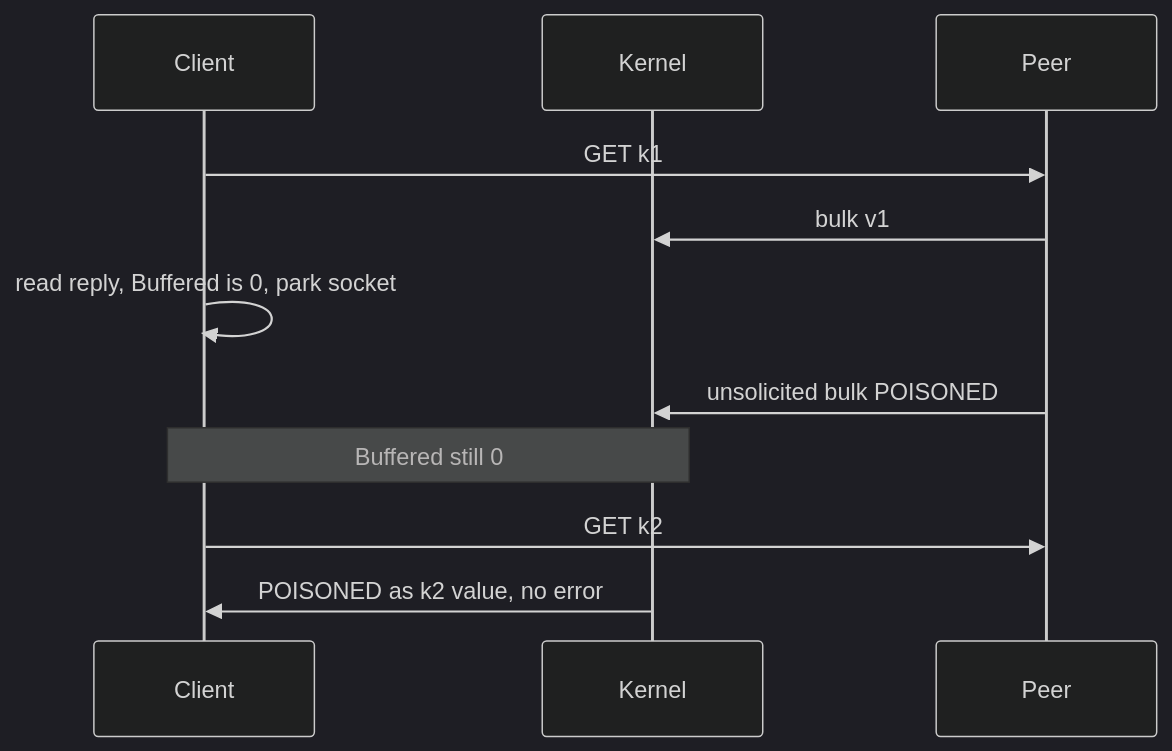
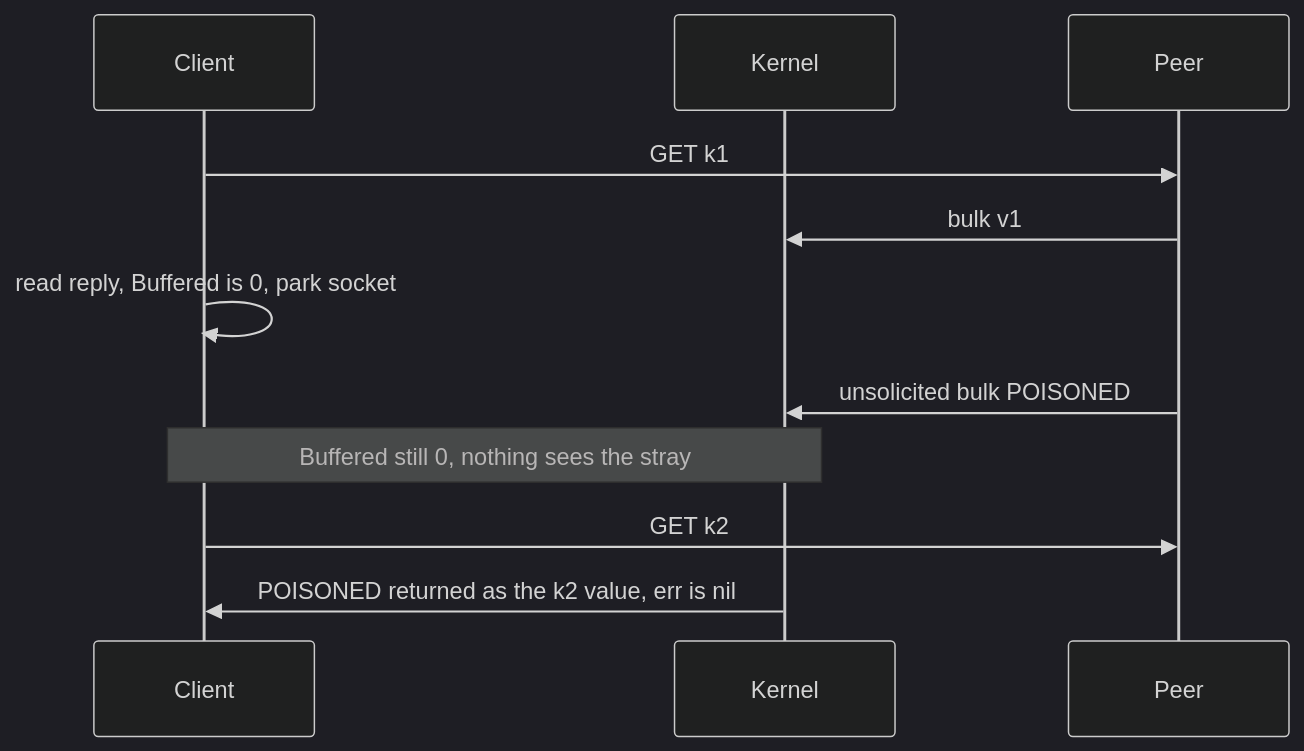
One commit to david-garcia-garcia/traefik-middleware-utilities changed the diagram in devstate/2026/09/2026-09-13-simpleredis-idle-arrival-desync/card.md. Above: the diagram before and after it, drawn with Mermaid (dark theme). The commit also changed other lines of this file and 4 other files, not shown here.

````diff
--- a/devstate/2026/09/2026-09-13-simpleredis-idle-arrival-desync/card.md
+++ b/devstate/2026/09/2026-09-13-simpleredis-idle-arrival-desync/card.md
@@ -19,13 +19,13 @@
 ```mermaid
 sequenceDiagram
     participant Client
     participant Kernel
     participant Peer
     Client->>Peer: GET k1
     Peer->>Kernel: bulk v1
     Client->>Client: read reply, Buffered is 0, park socket
     Peer->>Kernel: unsolicited bulk POISONED
-    Note over Client,Kernel: Buffered still 0
+    Note over Client,Kernel: Buffered still 0, nothing sees the stray
     Client->>Peer: GET k2
-    Kernel->>Client: POISONED as k2 value, no error
+    Kernel->>Client: POISONED returned as the k2 value, err is nil
 ```
````
